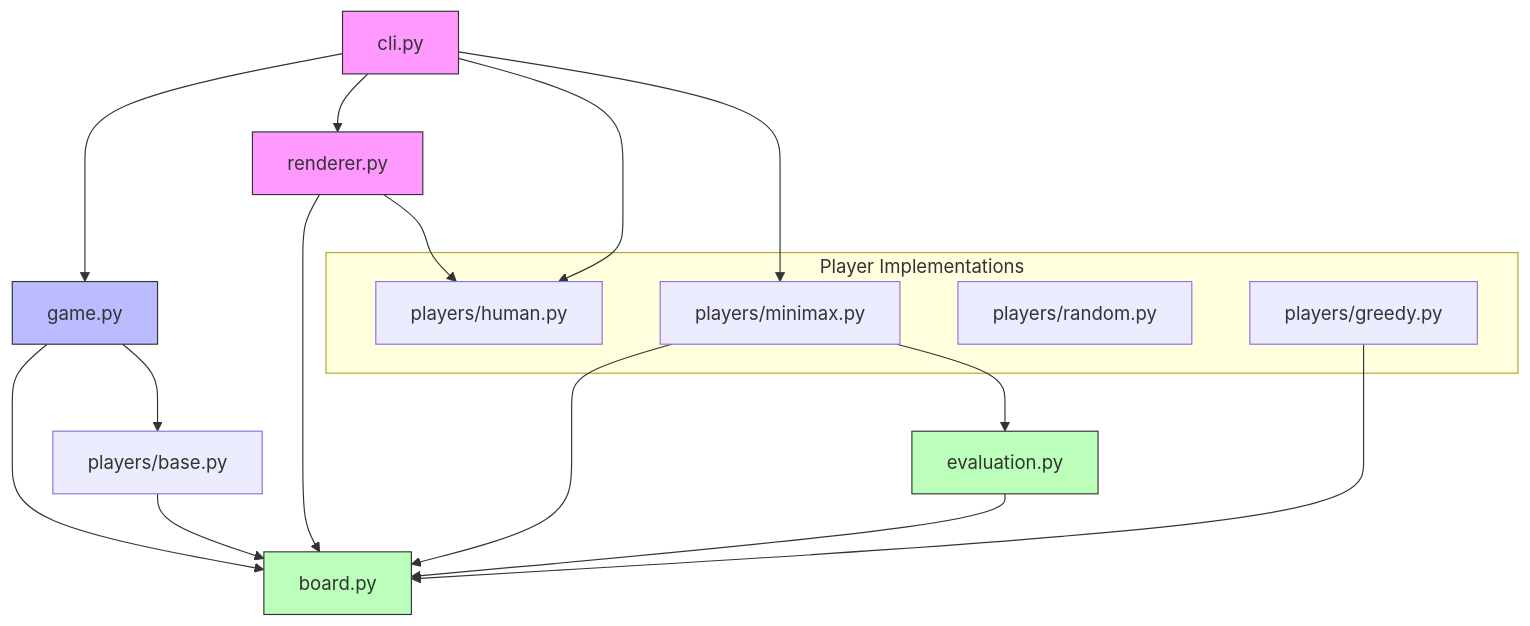
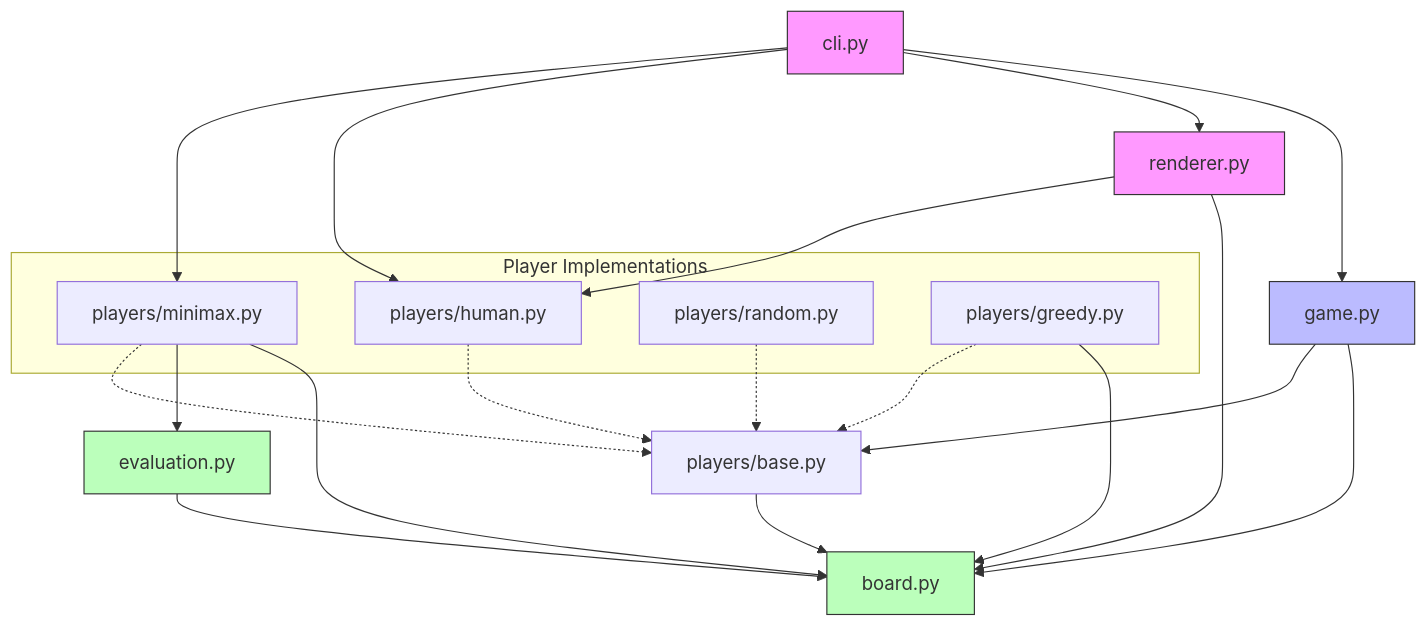
The first of 2 diagrams in docs/superpowers/specs/2026-04-12-connect4-design.md (tavakolia/connect4), drawn with Mermaid before and after one commit.

Commit message:
Docs: add dotted lines for PlayerProtocol realization

````diff
--- a/docs/superpowers/specs/2026-04-12-connect4-design.md
+++ b/docs/superpowers/specs/2026-04-12-connect4-design.md
@@ -72,35 +72,41 @@
 ```mermaid
 graph TD
     CLI[cli.py] --> Game[game.py]
     CLI --> Renderer[renderer.py]
     CLI --> HumanPlayer
     CLI --> MinimaxPlayer
     
     subgraph Player Implementations
         HumanPlayer[players/human.py]
         MinimaxPlayer[players/minimax.py]
         RandomPlayer[players/random.py]
         GreedyPlayer[players/greedy.py]
     end
 
     Renderer --> Board
     Renderer --> HumanPlayer
     
     Game --> Board[board.py]
     Game --> PlayerProtocol[players/base.py]
     
     MinimaxPlayer --> Board
     MinimaxPlayer --> Evaluation[evaluation.py]
     
     GreedyPlayer --> Board
     
     Evaluation --> Board
     
     PlayerProtocol --> Board
+    
+    %% Implicit protocol satisfaction (structural typing)
+    HumanPlayer -.-> PlayerProtocol
+    MinimaxPlayer -.-> PlayerProtocol
+    RandomPlayer -.-> PlayerProtocol
+    GreedyPlayer -.-> PlayerProtocol
 
     style CLI fill:#f9f,stroke:#333
     style Renderer fill:#f9f,stroke:#333
     style Game fill:#bbf,stroke:#333
     style Board fill:#bfb,stroke:#333
     style Evaluation fill:#bfb,stroke:#333
 ```
````
